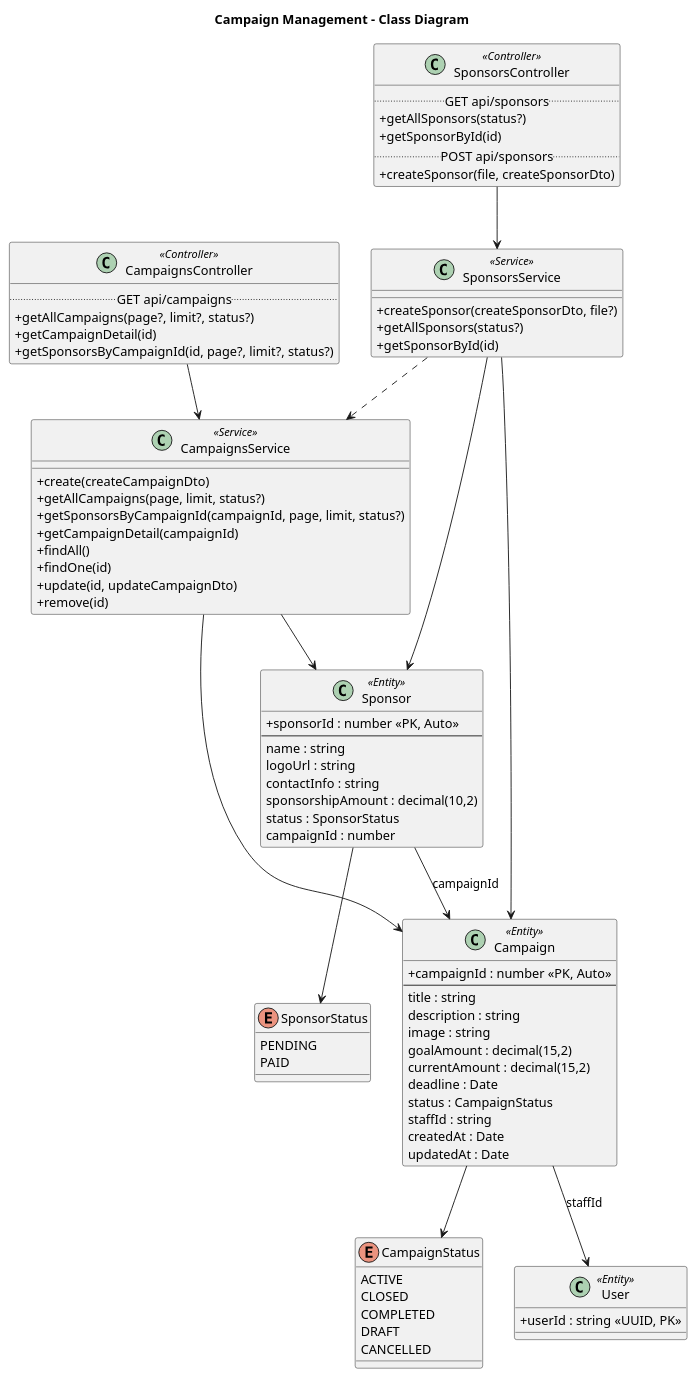
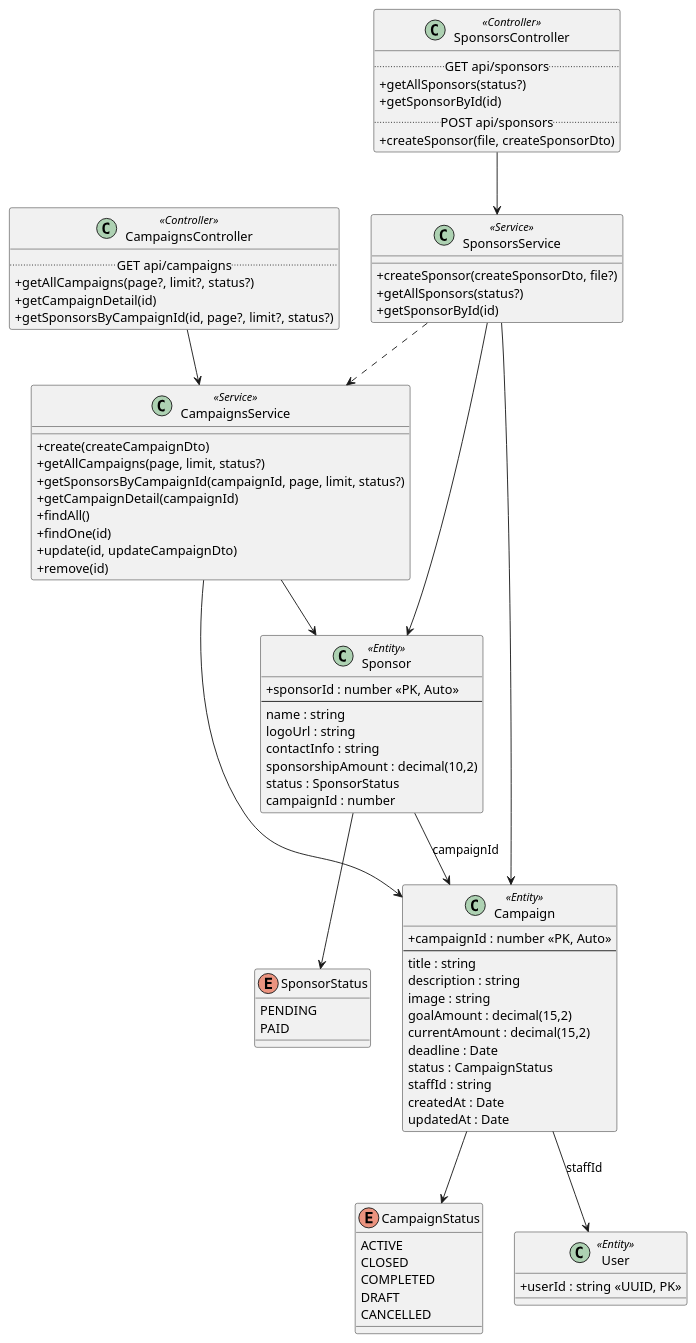
The diagram in documents/campaign/class-campaign-management.puml (viethoang1520/artchain-server), drawn with PlantUML before and after one commit. The commit also changed 57 other files, not shown here.

```diff
--- a/documents/campaign/class-campaign-management.puml
+++ b/documents/campaign/class-campaign-management.puml
@@ -1,96 +1,94 @@
 @startuml Campaign Management
 
 skinparam classAttributeIconSize 0
-
-title Campaign Management - Class Diagram
 
 enum CampaignStatus {
   ACTIVE
   CLOSED
   COMPLETED
   DRAFT
   CANCELLED
 }
 
 enum SponsorStatus {
   PENDING
   PAID
 }
 
 class User <<Entity>> {
   + userId : string <<UUID, PK>>
 }
 
 class Campaign <<Entity>> {
   + campaignId : number <<PK, Auto>>
   --
   title : string
   description : string
   image : string
   goalAmount : decimal(15,2)
   currentAmount : decimal(15,2)
   deadline : Date
   status : CampaignStatus
   staffId : string
   createdAt : Date
   updatedAt : Date
 }
 
 class Sponsor <<Entity>> {
   + sponsorId : number <<PK, Auto>>
   --
   name : string
   logoUrl : string
   contactInfo : string
   sponsorshipAmount : decimal(10,2)
   status : SponsorStatus
   campaignId : number
 }
 
 class CampaignsService <<Service>> {
   + create(createCampaignDto)
   + getAllCampaigns(page, limit, status?)
   + getSponsorsByCampaignId(campaignId, page, limit, status?)
   + getCampaignDetail(campaignId)
   + findAll()
   + findOne(id)
   + update(id, updateCampaignDto)
   + remove(id)
 }
 
 class CampaignsController <<Controller>> {
   .. GET api/campaigns ..
   + getAllCampaigns(page?, limit?, status?)
   + getCampaignDetail(id)
   + getSponsorsByCampaignId(id, page?, limit?, status?)
 }
 
 class SponsorsService <<Service>> {
   + createSponsor(createSponsorDto, file?)
   + getAllSponsors(status?)
   + getSponsorById(id)
 }
 
 class SponsorsController <<Controller>> {
   .. GET api/sponsors ..
   + getAllSponsors(status?)
   + getSponsorById(id)
   .. POST api/sponsors ..
   + createSponsor(file, createSponsorDto)
 }
 
 Campaign --> CampaignStatus
 Campaign --> User : "staffId"
 Sponsor --> SponsorStatus
 Sponsor --> Campaign : "campaignId"
 
 CampaignsController --> CampaignsService
 CampaignsService --> Campaign
 CampaignsService --> Sponsor
 
 SponsorsController --> SponsorsService
 SponsorsService --> Sponsor
 SponsorsService --> Campaign
 SponsorsService ..> CampaignsService
 
 @enduml
```
